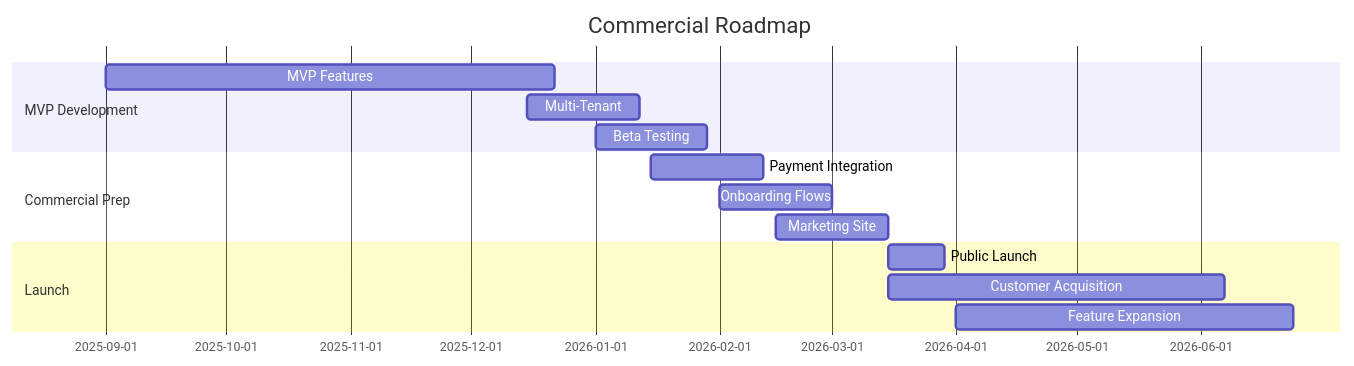
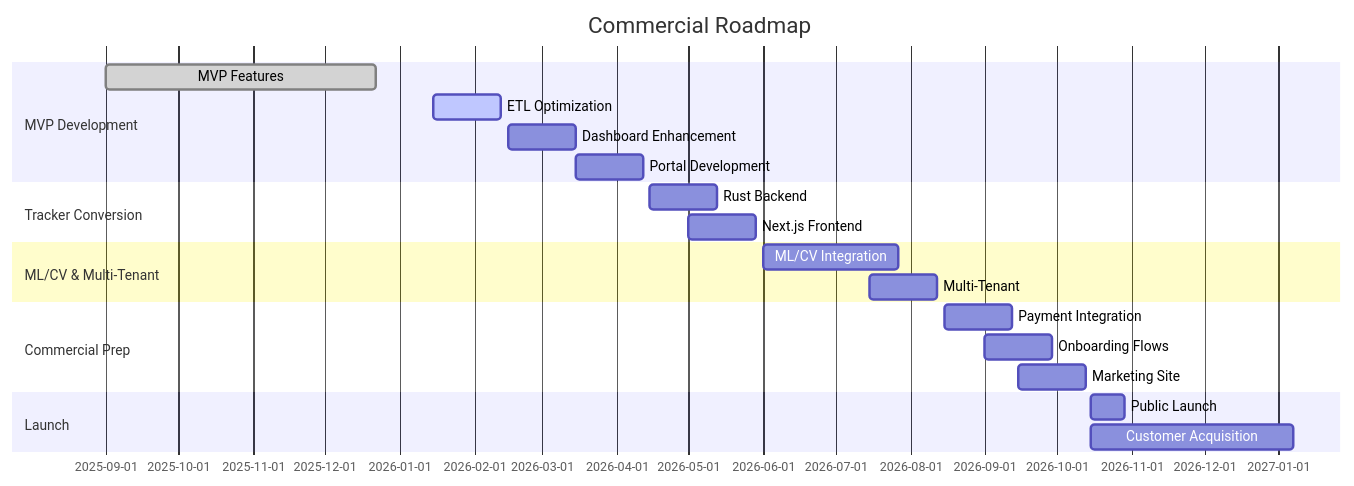
The fifth of 5 diagrams in docs/reference/design/roadmap-visuals.md (ronniepinnell/benchsight), drawn with Mermaid before and after one commit. The commit also changed other lines of this file and 842 other files, not shown here.

````diff
--- a/docs/reference/design/roadmap-visuals.md
+++ b/docs/reference/design/roadmap-visuals.md
@@ -136,19 +146,27 @@
 ```mermaid
 gantt
     title Commercial Roadmap
     dateFormat YYYY-MM-DD
     section MVP Development
-    MVP Features           :mvp, 2025-09-01, 16w
-    Multi-Tenant           :multi, 2025-12-15, 4w
-    Beta Testing           :beta, 2026-01-01, 4w
-    
+    MVP Features           :done, mvp, 2025-09-01, 16w
+    ETL Optimization       :active, etl, 2026-01-15, 4w
+    Dashboard Enhancement  :dash, 2026-02-15, 4w
+    Portal Development     :portal, 2026-03-15, 4w
+
+    section Tracker Conversion
+    Rust Backend           :rust, 2026-04-15, 4w
+    Next.js Frontend       :nextjs, 2026-05-01, 4w
+
+    section ML/CV & Multi-Tenant
+    ML/CV Integration      :ml, 2026-06-01, 8w
+    Multi-Tenant           :multi, 2026-07-15, 4w
+
     section Commercial Prep
-    Payment Integration    :pay, 2026-01-15, 4w
-    Onboarding Flows       :onboard, 2026-02-01, 4w
-    Marketing Site         :marketing, 2026-02-15, 4w
-    
+    Payment Integration    :pay, 2026-08-15, 4w
+    Onboarding Flows       :onboard, 2026-09-01, 4w
+    Marketing Site         :marketing, 2026-09-15, 4w
+
     section Launch
-    Public Launch          :launch, 2026-03-15, 2w
-    Customer Acquisition   :acq, 2026-03-15, 12w
-    Feature Expansion      :features, 2026-04-01, 12w
+    Public Launch          :launch, 2026-10-15, 2w
+    Customer Acquisition   :acq, 2026-10-15, 12w
 ```
````
